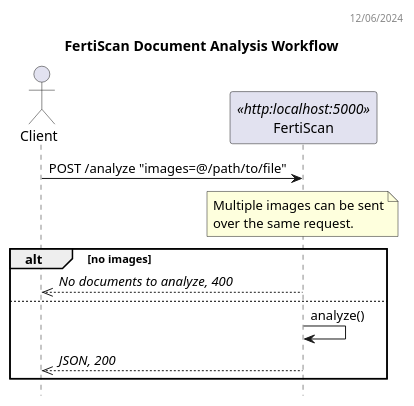
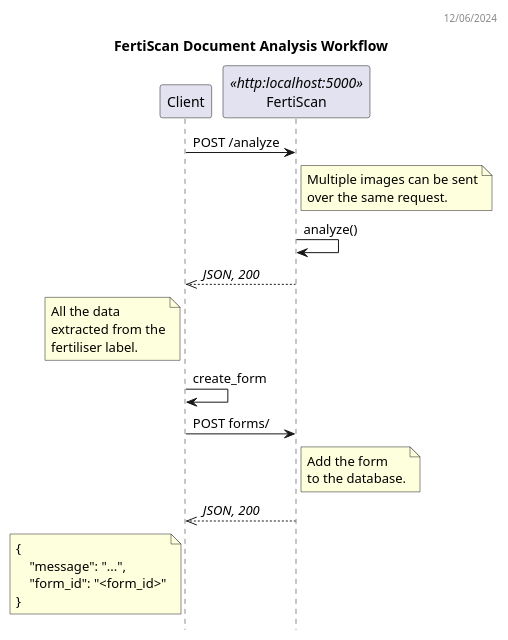
The diagram in docs/workflow_dss.puml (ai-cfia/fertiscan-backend), drawn with PlantUML before and after one commit. The commit also changed 14 other files, not shown here.

```diff
--- a/docs/workflow_dss.puml
+++ b/docs/workflow_dss.puml
@@ -1,23 +1,36 @@
 @startuml FertiScan Sequence Diagram
 header 12/06/2024
 
 title FertiScan Document Analysis Workflow
 hide empty members
 hide footbox
 
-actor "Client" as C
-participant FertiScan as F <<http:localhost:5000>>
+participant Client as FE
+participant FertiScan as BE <<http:localhost:5000>>
 
-C -> F: POST /analyze "images=@/path/to/file"
-note over F
+FE -> BE: POST /analyze
+note right BE
   Multiple images can be sent
   over the same request.
 end note
-alt no images
-  C <<-- F: //No documents to analyze, 400//
-else
-  F -> F: analyze()  
-  C <<-- F: //JSON, 200//
-end
-
+BE -> BE: analyze()
+FE <<-- BE: //JSON, 200//
+note left FE
+  All the data
+  extracted from the
+  fertiliser label.
+end note
+FE -> FE: create_form
+FE -> BE: POST forms/
+note right BE
+  Add the form
+  to the database.
+end note
+FE <<-- BE: //JSON, 200//
+note left FE
+  {
+      "message": "...",
+      "form_id": "<form_id>"
+  }  
+end note
 @enduml
```
